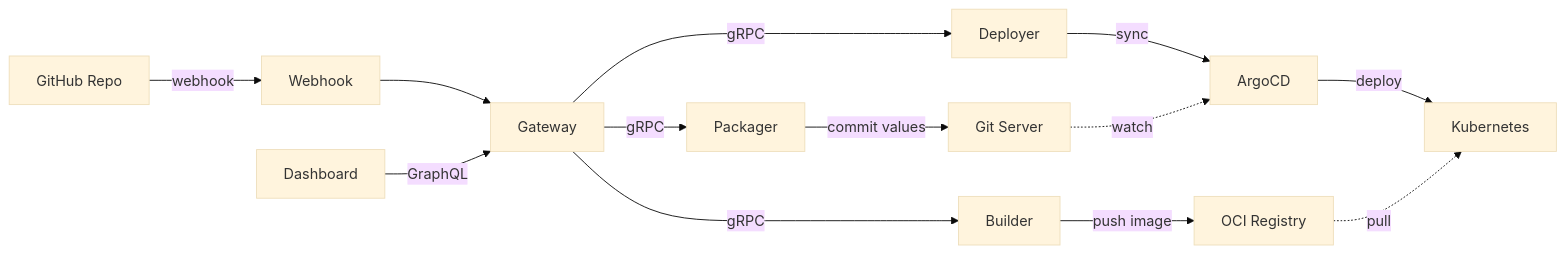
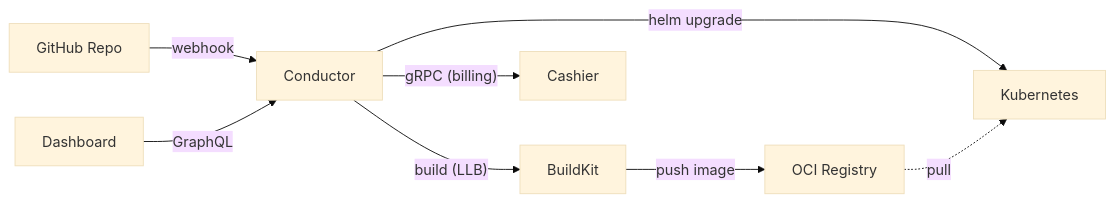
Before and after one commit to zeitlos/lucity: the diagram in README.md, drawn with Mermaid (base theme). The commit also changed other lines of this file and 412 other files, not shown here.

````diff
--- a/README.md
+++ b/README.md
@@ -82,27 +82,18 @@
 ```mermaid
 flowchart LR
     GH["GitHub Repo"]
-    WH["Webhook"]
-    GW["Gateway"]
-    BU["Builder"]
-    PA["Packager"]
-    DE["Deployer"]
+    CO["Conductor"]
+    BK["BuildKit"]
     ZO["OCI Registry"]
-    SS["Git Server"]
-    AR["ArgoCD"]
     K8["Kubernetes"]
     UI["Dashboard"]
+    CA["Cashier"]
 
-    GH -- "webhook" --> WH
-    WH --> GW
-    UI -- "GraphQL" --> GW
-    GW -- "gRPC" --> BU
-    GW -- "gRPC" --> PA
-    GW -- "gRPC" --> DE
-    BU -- "push image" --> ZO
-    PA -- "commit values" --> SS
-    DE -- "sync" --> AR
-    AR -- "deploy" --> K8
+    GH -- "webhook" --> CO
+    UI -- "GraphQL" --> CO
+    CO -- "build (LLB)" --> BK
+    BK -- "push image" --> ZO
+    CO -- "helm upgrade" --> K8
     ZO -. "pull" .-> K8
-    SS -. "watch" .-> AR
+    CO -- "gRPC (billing)" --> CA
 ```
````
